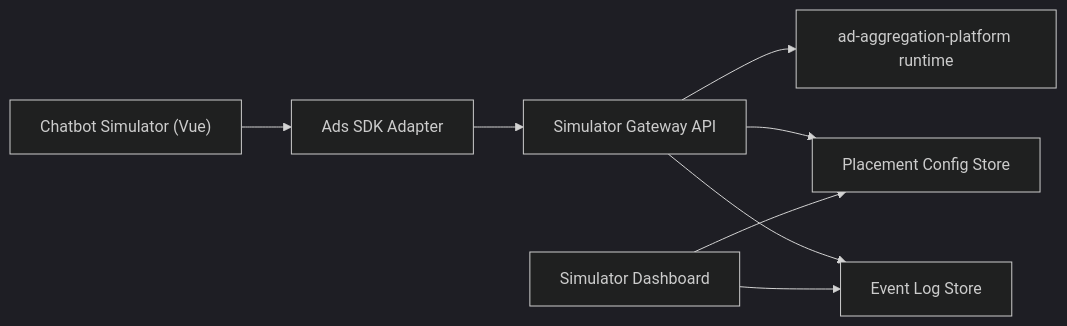
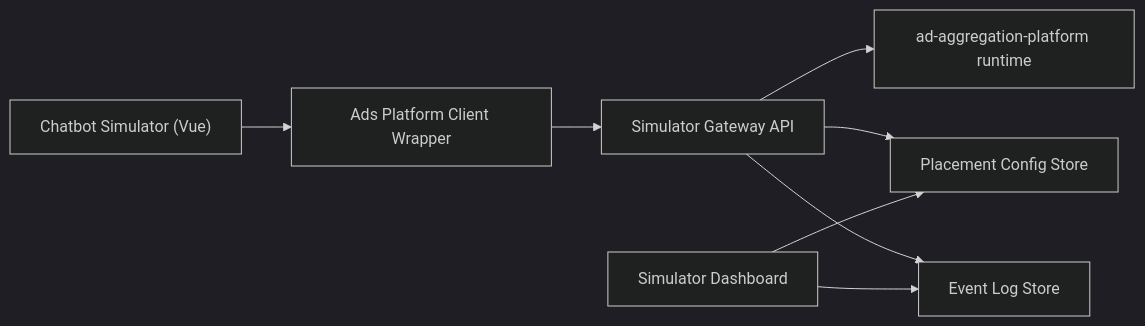
The first of 2 diagrams in projects/simulator-chatbot/docs/sdk-integration-design.md (Noahmlng/tappy-ai), drawn with Mermaid (dark theme) before and after one commit. The commit also changed other lines of this file, not shown here.

Commit message:
docs(simulator-chatbot): align integration naming with ads platform client

````diff
--- a/projects/simulator-chatbot/docs/sdk-integration-design.md
+++ b/projects/simulator-chatbot/docs/sdk-integration-design.md
@@ -24,10 +24,10 @@
 ```mermaid
 flowchart LR
-  A["Chatbot Simulator (Vue)"] --> B["Ads SDK Adapter"]
+  A["Chatbot Simulator (Vue)"] --> B["Ads Platform Client Wrapper"]
   B --> C["Simulator Gateway API"]
   C --> D["ad-aggregation-platform runtime"]
   C --> E["Placement Config Store"]
   C --> F["Event Log Store"]
   G["Simulator Dashboard"] --> E
   G --> F
 ```
````
